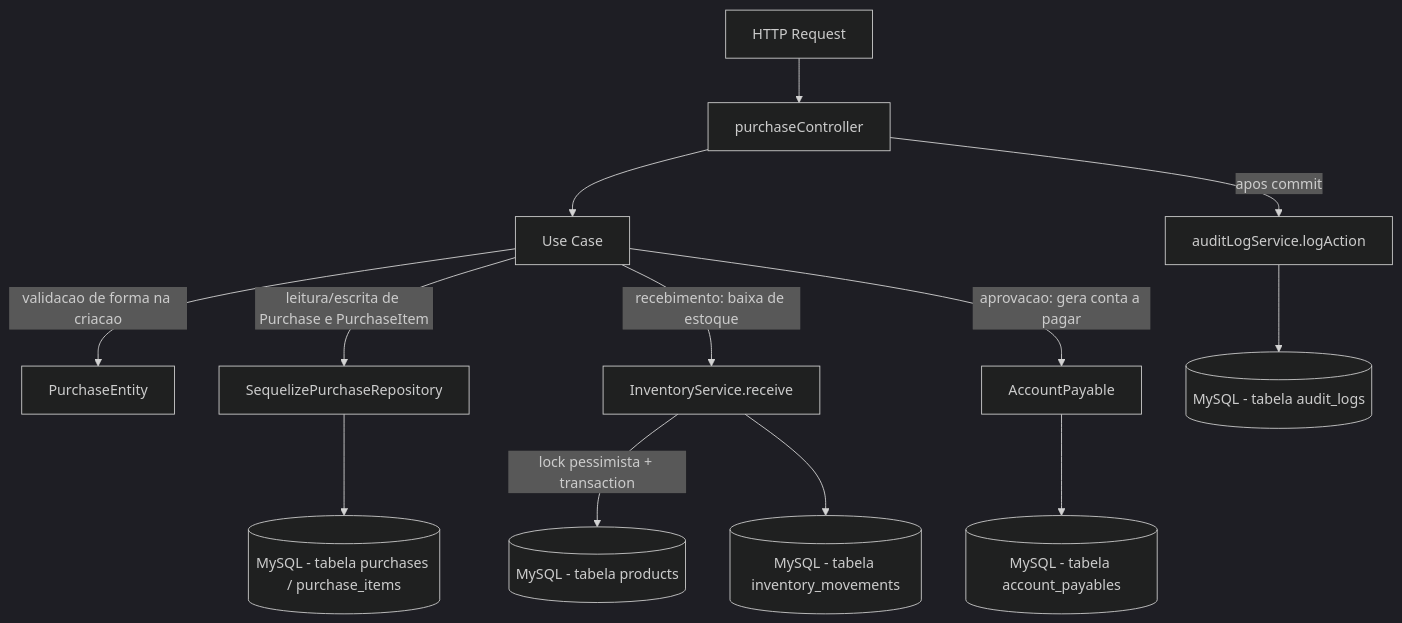
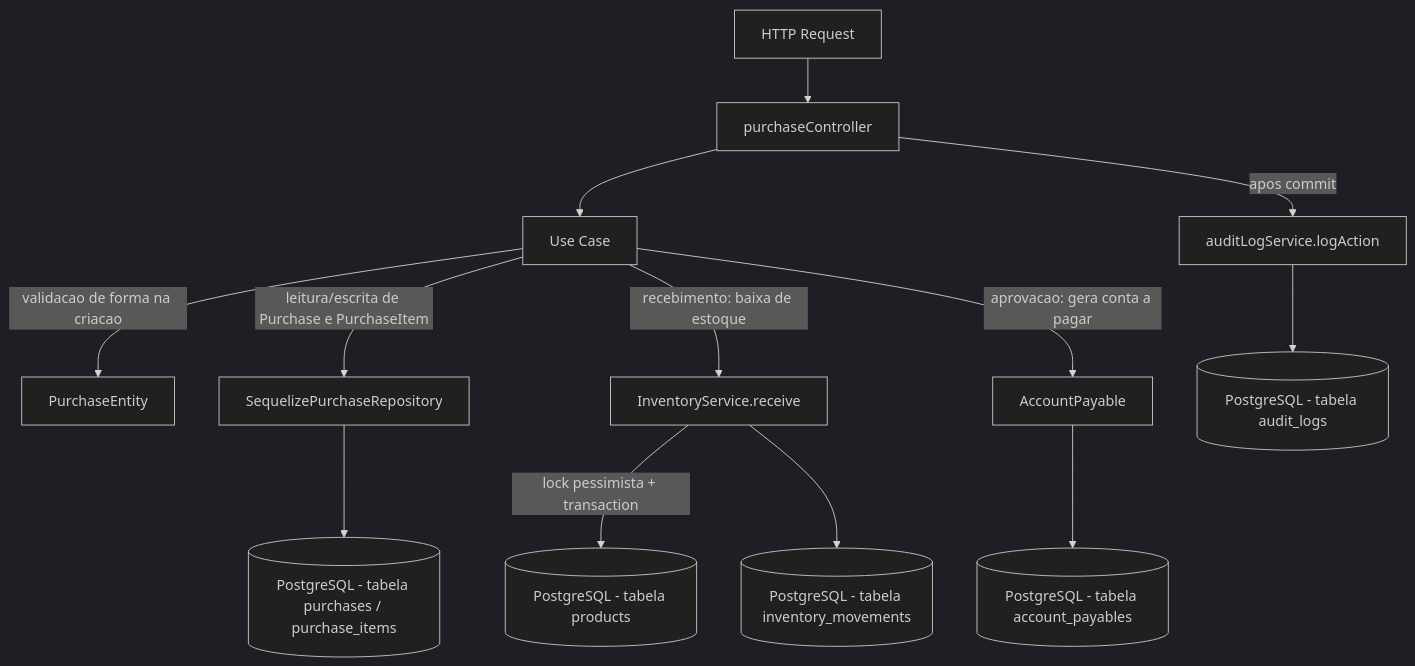
One commit to RomulosouzaEvok/ERP-EVOK-AUDIO-LTDA changed the diagram in server/src/modules/purchases/README.md. Above: the diagram before and after it, drawn with Mermaid (dark theme). The commit also changed other lines of this file and 452 other files, not shown here.

Commit message:
chore: consolidate TypeScript backend and Blackbox roadmap

````diff
--- a/server/src/modules/purchases/README.md
+++ b/server/src/modules/purchases/README.md
@@ -168,15 +168,15 @@
 ```mermaid
 flowchart TD
   A[HTTP Request] --> B[purchaseController]
   B --> C[Use Case]
   C -->|validacao de forma na criacao| D[PurchaseEntity]
   C -->|leitura/escrita de Purchase e PurchaseItem| E[SequelizePurchaseRepository]
   C -->|recebimento: baixa de estoque| F[InventoryService.receive]
   C -->|aprovacao: gera conta a pagar| G[AccountPayable]
-  F -->|lock pessimista + transaction| H[(MySQL - tabela products)]
-  F --> I[(MySQL - tabela inventory_movements)]
-  E --> J[(MySQL - tabela purchases / purchase_items)]
-  G --> K[(MySQL - tabela account_payables)]
+  F -->|lock pessimista + transaction| H[(PostgreSQL - tabela products)]
+  F --> I[(PostgreSQL - tabela inventory_movements)]
+  E --> J[(PostgreSQL - tabela purchases / purchase_items)]
+  G --> K[(PostgreSQL - tabela account_payables)]
   B -->|apos commit| L[auditLogService.logAction]
-  L --> M[(MySQL - tabela audit_logs)]
+  L --> M[(PostgreSQL - tabela audit_logs)]
 ```
````
